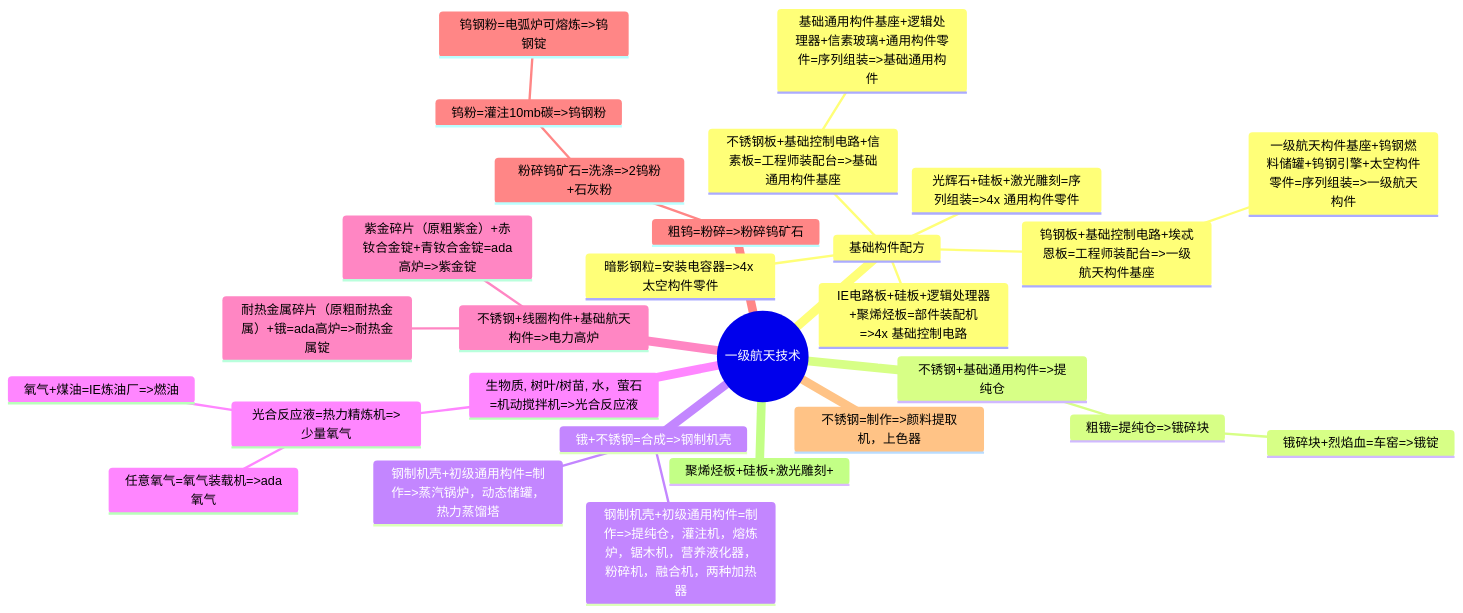
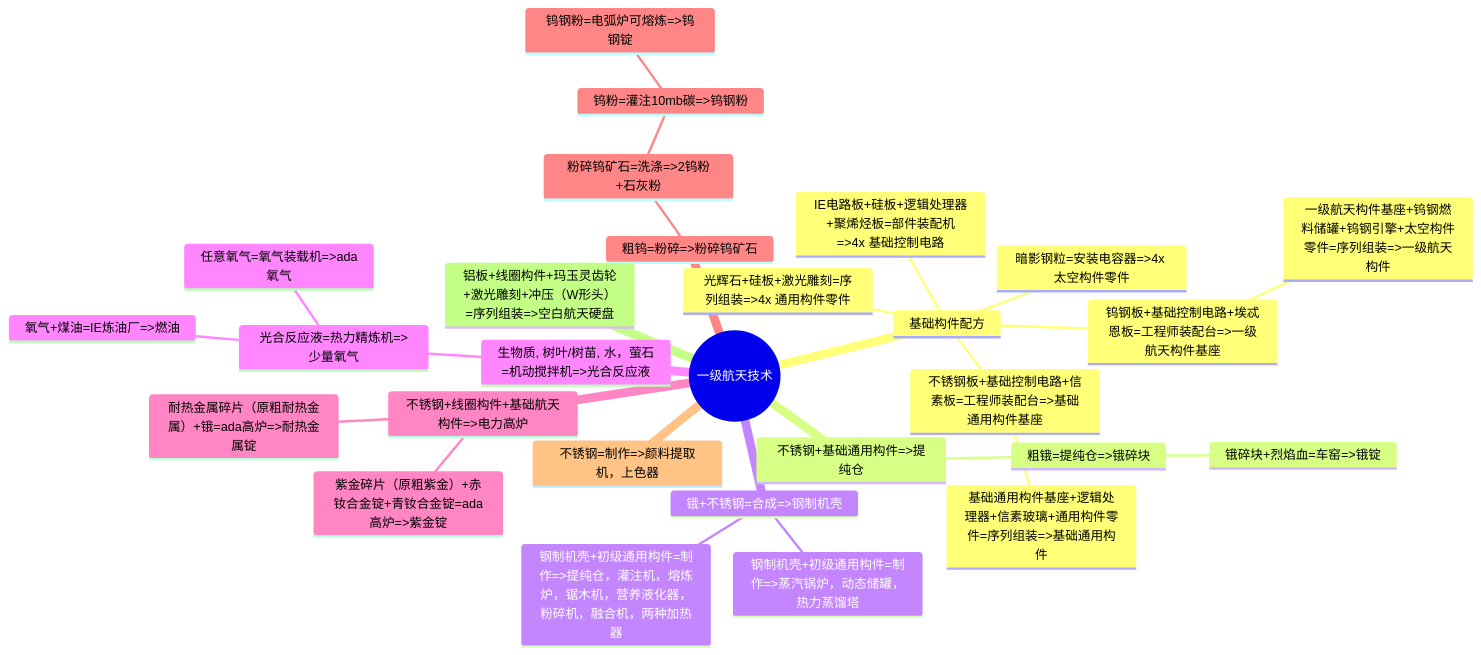
Before and after one commit to VechniMetel/CodeNameCIM2: the first of 4 diagrams in Developer/TechTreeMap.md, drawn with Mermaid. The commit also changed other lines of this file and 3 other files, not shown here.

````diff
--- a/Developer/TechTreeMap.md
+++ b/Developer/TechTreeMap.md
@@ -2,32 +2,31 @@
 ``` mermaid
 mindmap
     root((一级航天技术))
         基础构件配方
             IE电路板+硅板+逻辑处理器+聚烯烃板=部件装配机=>4x 基础控制电路
             光辉石+硅板+激光雕刻=序列组装=>4x 通用构件零件
             暗影钢粒=安装电容器=>4x 太空构件零件
-            
             钨钢板+基础控制电路+埃忒恩板=工程师装配台=>一级航天构件基座
                 一级航天构件基座+钨钢燃料储罐+钨钢引擎+太空构件零件=序列组装=>一级航天构件
             不锈钢板+基础控制电路+信素板=工程师装配台=>基础通用构件基座
                 基础通用构件基座+逻辑处理器+信素玻璃+通用构件零件=序列组装=>基础通用构件
         不锈钢+基础通用构件=>提纯仓
             粗锇=提纯仓=>锇碎块
                 锇碎块+烈焰血=车窑=>锇锭
         锇+不锈钢=合成=>钢制机壳
             钢制机壳+初级通用构件=制作=>提纯仓，灌注机，熔炼炉，锯木机，营养液化器，粉碎机，融合机，两种加热器
             钢制机壳+初级通用构件=制作=>蒸汽锅炉，动态储罐，热力蒸馏塔
         生物质, 树叶/树苗, 水，萤石=机动搅拌机=>光合反应液
             光合反应液=热力精炼机=>少量氧气
                 氧气+煤油=IE炼油厂=>燃油
                 任意氧气=氧气装载机=>ada氧气
         不锈钢+线圈构件+基础航天构件=>电力高炉
             紫金碎片（原粗紫金）+赤钕合金锭+青钕合金锭=ada高炉=>紫金锭
             耐热金属碎片（原粗耐热金属）+锇=ada高炉=>耐热金属锭
         粗钨=粉碎=>粉碎钨矿石
             粉碎钨矿石=洗涤=>2钨粉+石灰粉
                 钨粉=灌注10mb碳=>钨钢粉
                     钨钢粉=电弧炉可熔炼=>钨钢锭
         不锈钢=制作=>颜料提取机，上色器
-        聚烯烃板+硅板+激光雕刻+
+        铝板+线圈构件+玛玉灵齿轮+激光雕刻+冲压（W形头）=序列组装=>空白航天硬盘
 ```
````
